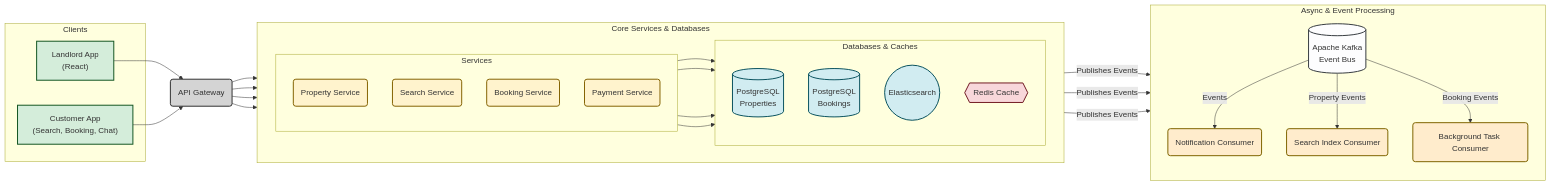
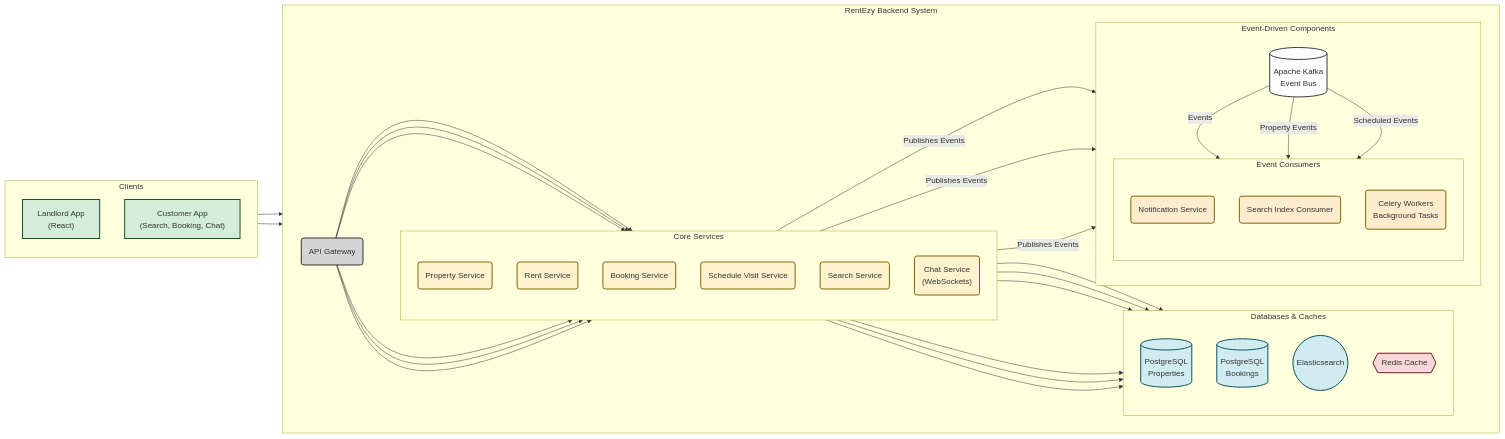
One commit to AdilAbubacker/rentezyFrontend changed the first of 4 diagrams in README.md. Above: the diagram before and after it, drawn with Mermaid.

````diff
--- a/README.md
+++ b/README.md
@@ -14,47 +14,58 @@
 ```mermaid
 graph LR
-    %% --- Define Styles ---
+    %% --- Define Styles for Colors ---
     classDef client fill:#d4edda,stroke:#155724,stroke-width:2px;
     classDef service fill:#fff3cd,stroke:#856404,stroke-width:2px;
     classDef gateway fill:#d4d4d4,stroke:#333,stroke-width:2px;
     classDef database fill:#d1ecf1,stroke:#0c5460,stroke-width:2px;
     classDef cache fill:#f8d7da,stroke:#721c24,stroke-width:2px;
-    classDef bus fill:#fdfdfe,stroke:#383d41,stroke-width:2px,height:100px;
+    classDef bus fill:#fdfdfe,stroke:#383d41,stroke-width:2px,rx:20px,ry:20px;
     classDef consumer fill:#ffeccc,stroke:#806602,stroke-width:2px;
     classDef external fill:#e2e3e5,stroke:#383d41,stroke-width:2px;
 
-    %% --- Main Architecture Flow ---
+    %% --- Actors ---
     subgraph Clients
+        direction TB
         landlord["Landlord App <br> (React)"]:::client
         tenant["Customer App <br> (Search, Booking, Chat)"]:::client
     end
 
-    gateway("API Gateway"):::gateway
+    %% --- Main Backend System Block ---
+    subgraph RentEzy Backend System
+        direction LR
+        
+        %% --- Entry Point ---
+        gateway("API Gateway"):::gateway
 
-    subgraph "Core Services & Databases"
-        direction LR
-        subgraph Services
+        subgraph "Core Services"
             direction TB
             prop_service("Property Service"):::service
+            rent_service("Rent Service"):::service
+            booking_service("Booking Service"):::service
+            schedule_service("Schedule Visit Service"):::service
             search_service("Search Service"):::service
-            booking_service("Booking Service"):::service
-            payment_service("Payment Service"):::service
+            chat_service("Chat Service <br> (WebSockets)"):::service
         end
-        subgraph Databases & Caches
-             direction TB
-             prop_db[("PostgreSQL <br> Properties")]:::database
-             booking_db[("PostgreSQL <br> Bookings")]:::database
-             es_cluster(("Elasticsearch")):::database
-             redis_cache{{"Redis Cache"}}:::cache
+        
+        subgraph "Databases & Caches"
+            direction TB
+            prop_db[("PostgreSQL <br> Properties")]:::database
+            booking_db[("PostgreSQL <br> Bookings")]:::database
+            es_cluster(("Elasticsearch")):::database
+            redis_cache{{"Redis Cache"}}:::cache
         end
-    end
-    
-    subgraph "Async & Event Processing"
-        direction TB
-        kafka_bus[("Apache Kafka <br> Event Bus")]:::bus
-        note_consumer("Notification Consumer"):::consumer
-        search_consumer("Search Index Consumer"):::consumer
-        celery_consumer("Background Task Consumer"):::consumer
+
+        subgraph "Event-Driven Components"
+            direction TB
+            kafka_bus[("Apache Kafka <br> Event Bus")]:::bus
+            
+            subgraph "Event Consumers"
+                direction TB
+                notification_service("Notification Service"):::consumer
+                search_consumer("Search Index Consumer"):::consumer
+                celery_workers("Celery Workers <br> Background Tasks"):::consumer
+            end
+        end
     end
 
     %% --- Define Connections ---
@@ -62,20 +73,24 @@
     tenant --> gateway
 
     gateway --> prop_service
+    gateway --> rent_service
+    gateway --> booking_service
+    gateway --> schedule_service
     gateway --> search_service
-    gateway --> booking_service
-    gateway --> payment_service
+    gateway --> chat_service
 
     prop_service --> prop_db
     booking_service --> booking_db
+    schedule_service --> booking_db
+    rent_service --> booking_db
     booking_service --> redis_cache
     search_service --> es_cluster
     
     prop_service -- Publishes Events --> kafka_bus
     booking_service -- Publishes Events --> kafka_bus
-    payment_service -- Publishes Events --> kafka_bus
+    rent_service -- Publishes Events --> kafka_bus
 
-    kafka_bus -- Events --> note_consumer
+    kafka_bus -- Events --> notification_service
     kafka_bus -- Property Events --> search_consumer
-    kafka_bus -- Booking Events --> celery_consumer
+    kafka_bus -- Scheduled Events --> celery_workers
 ```
````
